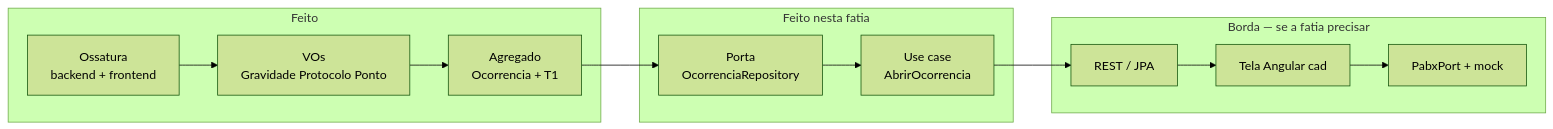
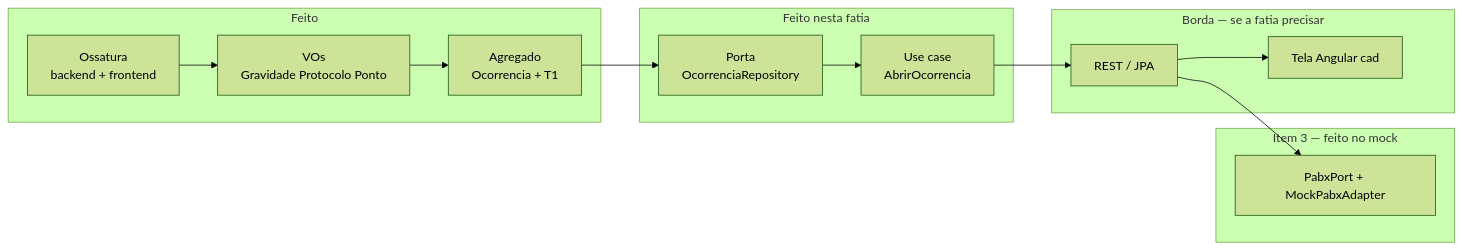
Before and after one commit to fmmcbaficdev/cicc: the first of 3 diagrams in docs/fluxo-componentes.md, drawn with Mermaid (forest theme). The commit also changed other lines of this file and 60 other files, not shown here.

````diff
--- a/docs/fluxo-componentes.md
+++ b/docs/fluxo-componentes.md
@@ -9,18 +9,21 @@
 ```mermaid
 flowchart LR
   subgraph feito [Feito]
     A[Ossatura<br/>backend + frontend]
     B[VOs<br/>Gravidade Protocolo Ponto]
     C[Agregado<br/>Ocorrencia + T1]
   end
   subgraph agora [Feito nesta fatia]
     D[Porta<br/>OcorrenciaRepository]
     E[Use case<br/>AbrirOcorrencia]
   end
   subgraph depois [Borda — se a fatia precisar]
     F[REST / JPA]
     G[Tela Angular cad]
-    H[PabxPort + mock]
   end
-  A --> B --> C --> D --> E --> F --> G --> H
+  subgraph pabx [Item 3 — feito no mock]
+    H[PabxPort + MockPabxAdapter]
+  end
+  A --> B --> C --> D --> E --> F --> H
+  F --> G
 ```
````
